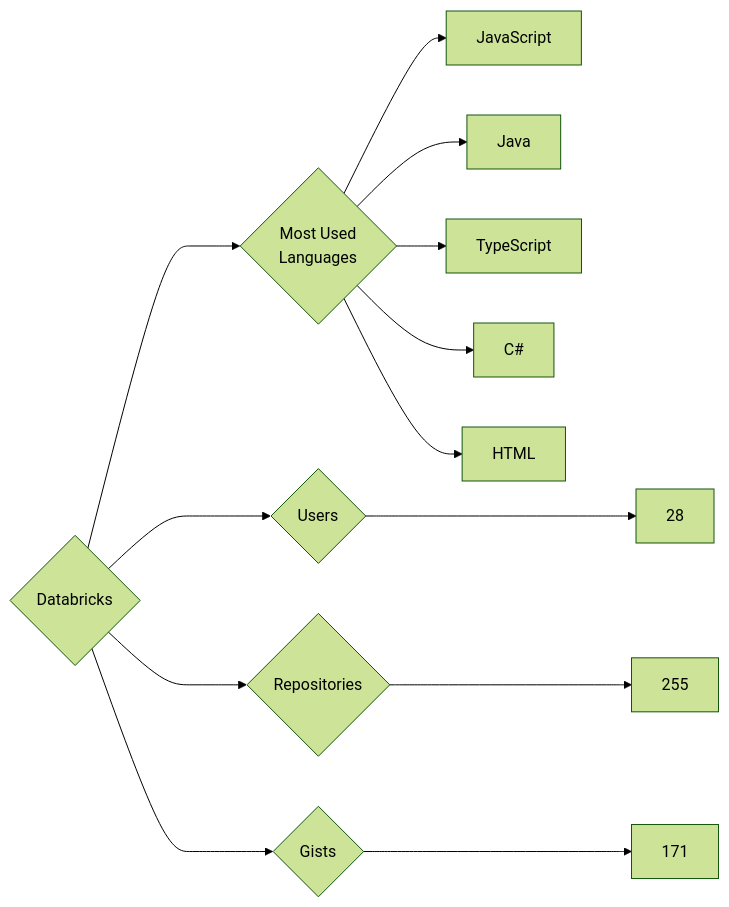
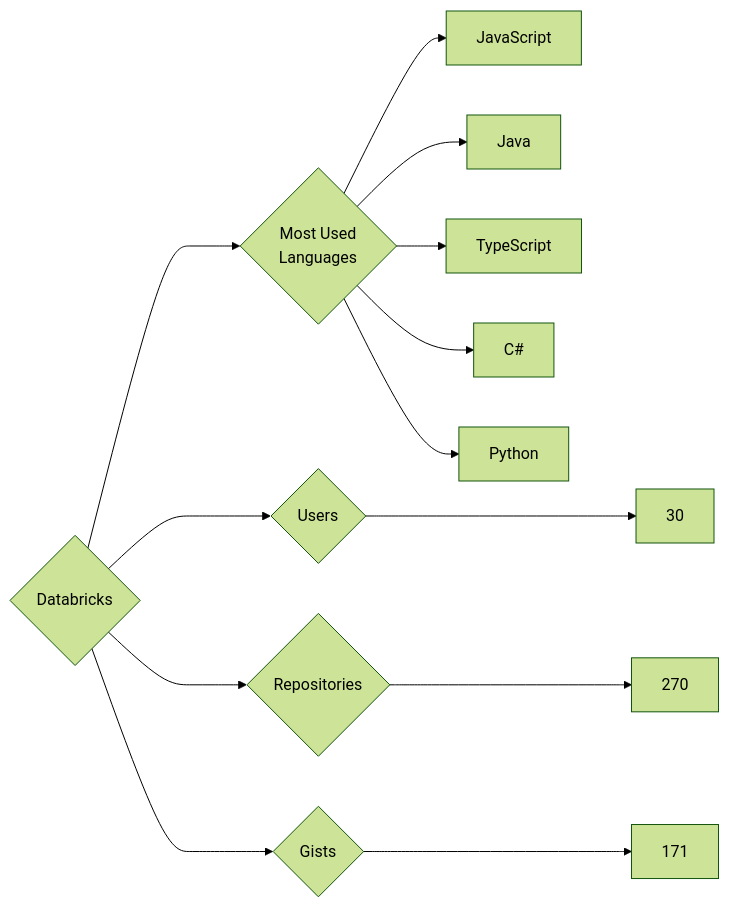
One commit to trickest/insiders changed the diagram in targets/Databricks/README.md. Above: the diagram before and after it, drawn with Mermaid (forest theme). The commit also changed 1030 other files, not shown here.

````diff
--- a/targets/Databricks/README.md
+++ b/targets/Databricks/README.md
@@ -3,13 +3,13 @@
 ```mermaid
 graph LR
 COMPANY_NAME{Databricks}
-COMPANY_NAME ---> U{Users} ---> UN[28]
-COMPANY_NAME ---> R{Repositories} ---> RN[255]
+COMPANY_NAME ---> U{Users} ---> UN[30]
+COMPANY_NAME ---> R{Repositories} ---> RN[270]
 COMPANY_NAME ---> G{Gists} ---> GN[171]
 COMPANY_NAME ---> ML{Most Used<br>Languages}
 ML --> JavaScript[JavaScript]
 ML --> Java[Java]
 ML --> TypeScript[TypeScript]
 ML --> C#[C#]
-ML --> HTML[HTML]
+ML --> Python[Python]
 ```
````
